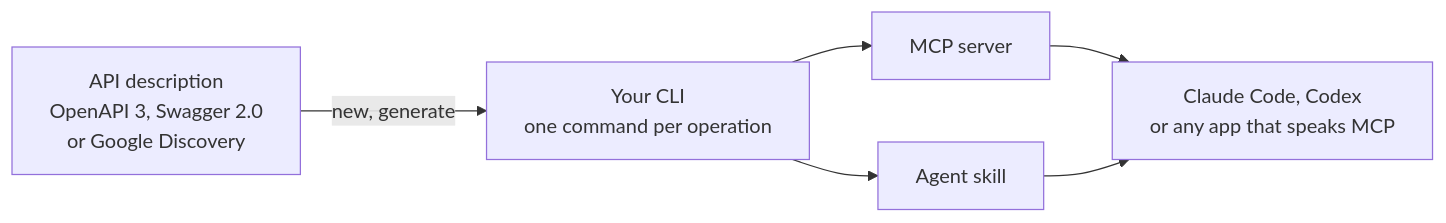
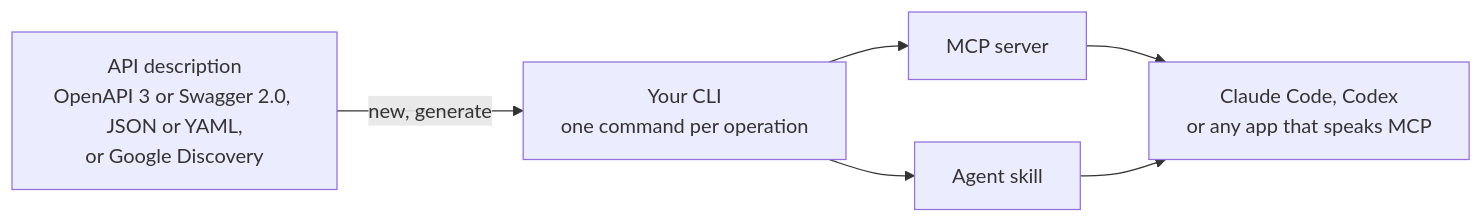
One commit to WireCatLabs/cli-template changed the diagram in README.md. Above: the diagram before and after it, drawn with Mermaid. The commit also changed other lines of this file and 14 other files, not shown here.

First line of the commit message:
feat(kit): --preset generic, a new CLI's README in tg-cli's order, the api-to-cli skill, and the demo GIF (#171)

````diff
--- a/README.md
+++ b/README.md
@@ -37,8 +50,8 @@
 ```mermaid
 flowchart LR
-  spec["API description<br/>OpenAPI 3, Swagger 2.0<br/>or Google Discovery"] -->|new, generate| cli["Your CLI<br/>one command per operation"]
+  spec["API description<br/>OpenAPI 3 or Swagger 2.0, JSON or YAML,<br/>or Google Discovery"] -->|new, generate| cli["Your CLI<br/>one command per operation"]
   cli --> mcp["MCP server"]
   cli --> skill["Agent skill"]
   mcp --> apps["Claude Code, Codex<br/>or any app that speaks MCP"]
   skill --> apps
 ```
````
